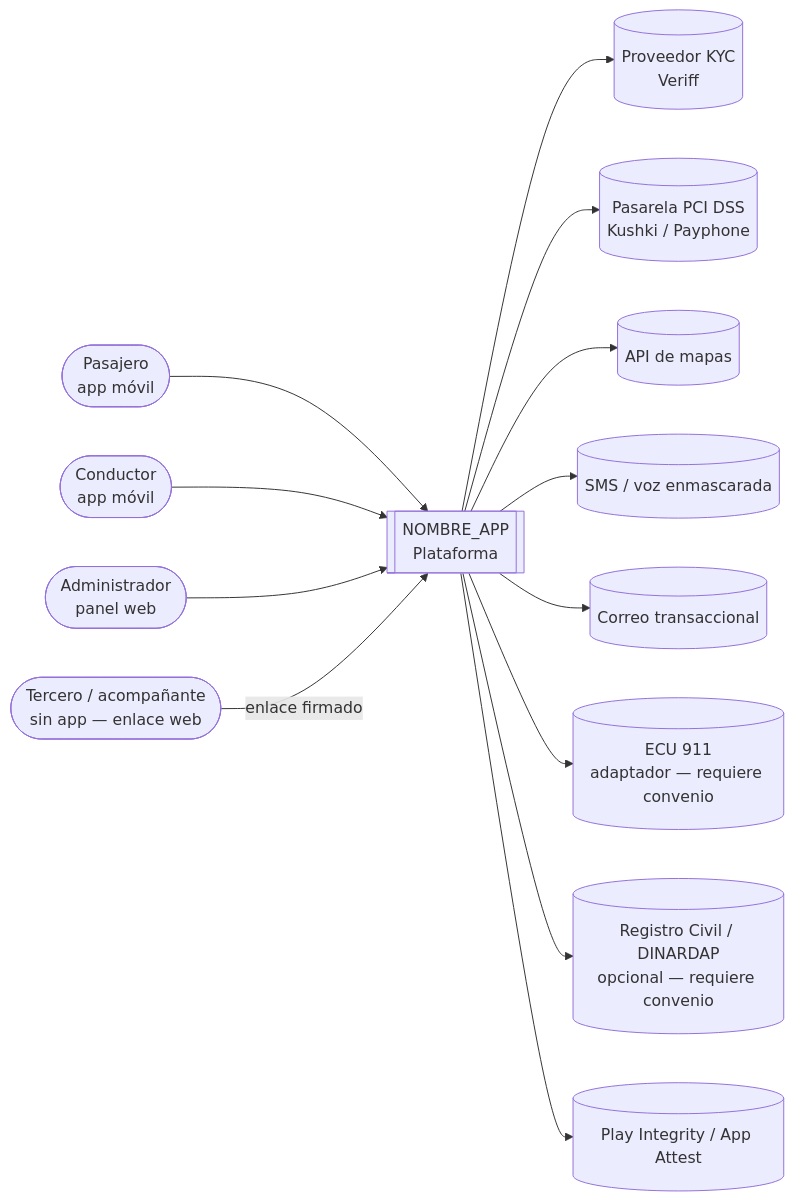
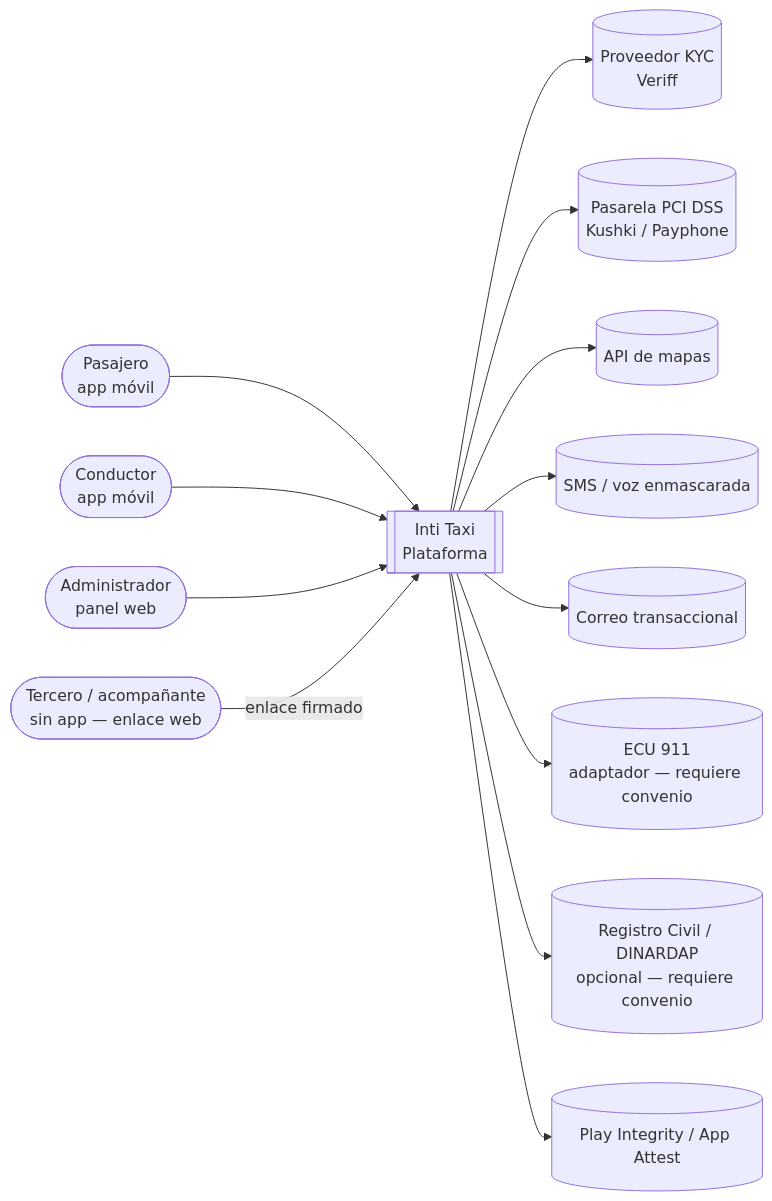
Before and after one commit to napoleonrusso8-ship-it/Inti-TaxiEC: the first of 4 diagrams in docs/01-arquitectura.md, drawn with Mermaid. The commit also changed other lines of this file and 7 other files, not shown here.

First line of the commit message:
docs: registrar decisiones aprobadas (Inti Taxi, retención 180 días, tarifa al abordar, alcance ECU 911)

````diff
--- a/docs/01-arquitectura.md
+++ b/docs/01-arquitectura.md
@@ -16,22 +16,22 @@
 ```mermaid
 flowchart LR
   P([Pasajero<br/>app móvil])
   D([Conductor<br/>app móvil])
   A([Administrador<br/>panel web])
   T([Tercero / acompañante<br/>sin app — enlace web])
-  SYS[[NOMBRE_APP<br/>Plataforma]]
+  SYS[[Inti Taxi<br/>Plataforma]]
 
   P --> SYS
   D --> SYS
   A --> SYS
   T -->|enlace firmado| SYS
 
   SYS --> KYC[(Proveedor KYC<br/>Veriff)]
   SYS --> PAY[(Pasarela PCI DSS<br/>Kushki / Payphone)]
   SYS --> MAPS[(API de mapas)]
   SYS --> TEL[(SMS / voz enmascarada)]
   SYS --> MAIL[(Correo transaccional)]
   SYS --> ECU[(ECU 911<br/>adaptador — requiere convenio)]
   SYS --> RC[(Registro Civil / DINARDAP<br/>opcional — requiere convenio)]
   SYS --> ATT[(Play Integrity / App Attest)]
 ```
````
